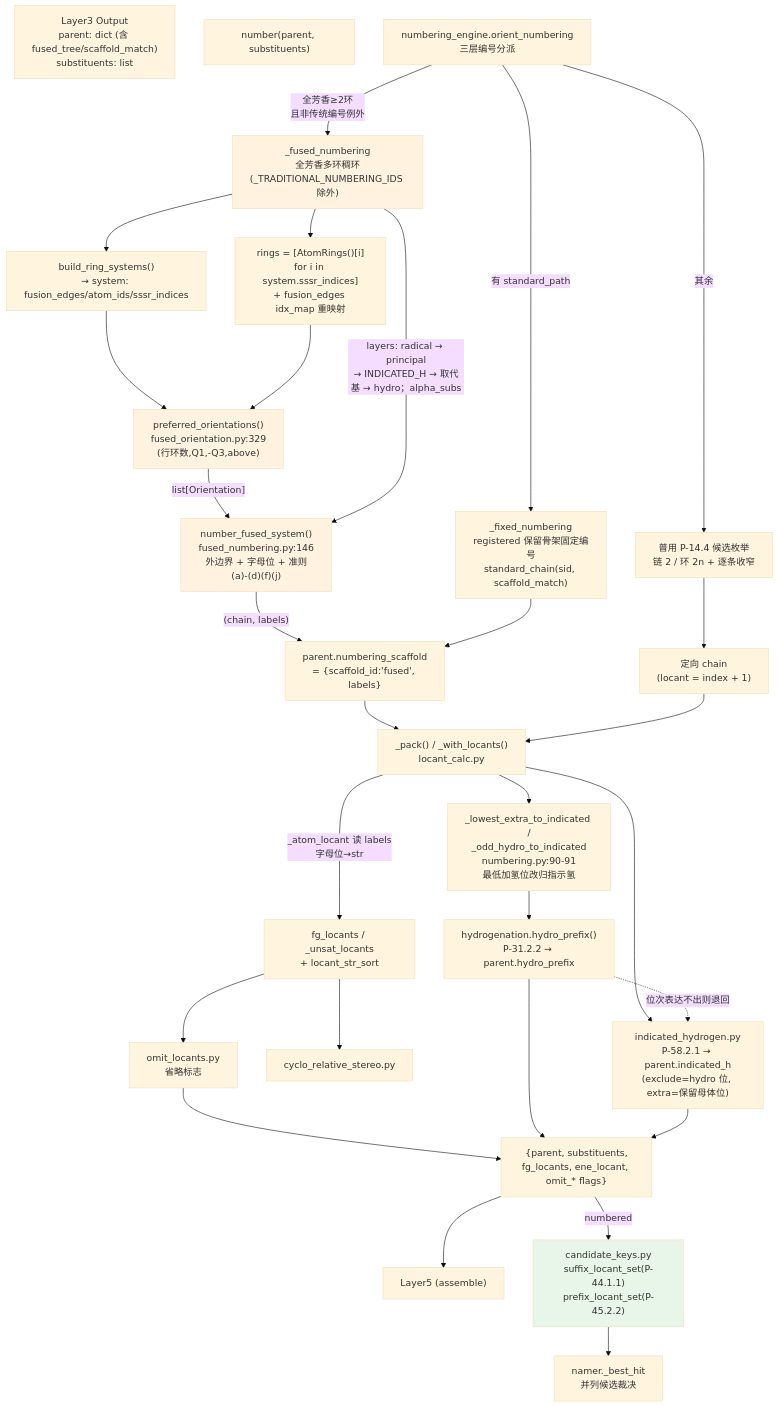
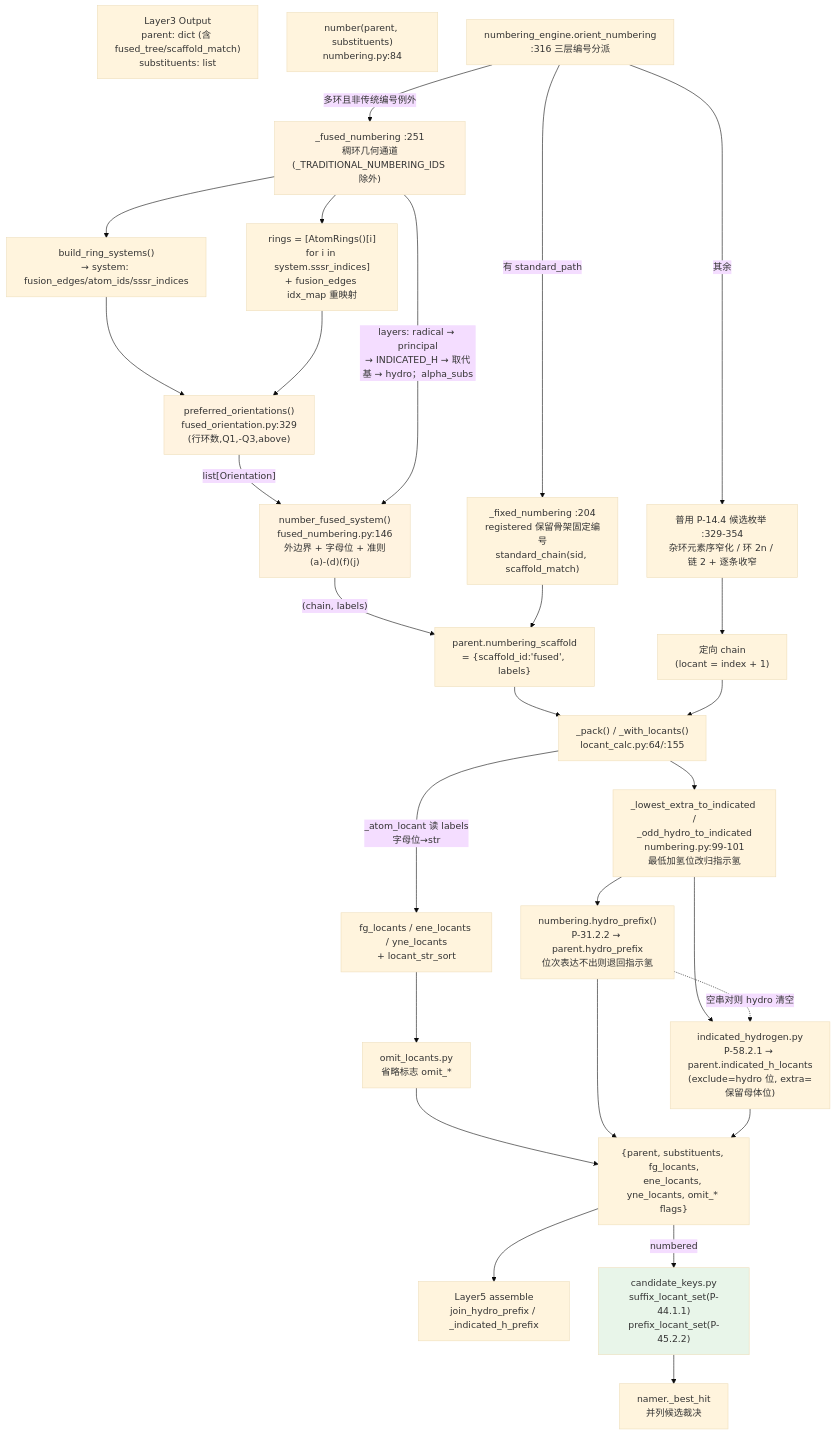
One commit to zouxiaofei1/OpenSMILES changed the diagram in docs/wiki/architecture/layer4-numbering.md. Above: the diagram before and after it, drawn with Mermaid (base theme). The commit also changed other lines of this file and 18 other files, not shown here.

````diff
--- a/docs/wiki/architecture/layer4-numbering.md
+++ b/docs/wiki/architecture/layer4-numbering.md
@@ -308,46 +301,45 @@
 ```mermaid
 flowchart TD
     L3["Layer3 Output<br/>parent: dict (含 fused_tree/scaffold_match)<br/>substituents: list"]
-    NUM["number(parent, substituents)"]
-    ORIENT["numbering_engine.orient_numbering<br/>三层编号分派"]
+    NUM["number(parent, substituents)<br/>numbering.py:84"]
+    ORIENT["numbering_engine.orient_numbering<br/>:316 三层编号分派"]
 
-    LEFT["_fixed_numbering<br/>registered 保留骨架固定编号<br/>standard_chain(sid, scaffold_match)"]
-    FUSED["_fused_numbering<br/>全芳香多环稠环<br/>(_TRADITIONAL_NUMBERING_IDS 除外)"]
-    GEN["普用 P-14.4 候选枚举<br/>链 2 / 环 2n + 逐条收窄"]
+    LEFT["_fixed_numbering :204<br/>registered 保留骨架固定编号<br/>standard_chain(sid, scaffold_match)"]
+    FUSED["_fused_numbering :251<br/>稠环几何通道<br/>(_TRADITIONAL_NUMBERING_IDS 除外)"]
+    GEN["普用 P-14.4 候选枚举 :329-354<br/>杂环元素序窄化 / 环 2n / 链 2 + 逐条收窄"]
 
     ORIENT -->|"有 standard_path"| LEFT
-    ORIENT -->|"全芳香≥2环<br/>且非传统编号例外"| FUSED
+    ORIENT -->|"多环且非传统编号例外"| FUSED
     ORIENT -->|"其余"| GEN
 
     FUSED --> BRS["build_ring_systems()<br/>→ system: fusion_edges/atom_ids/sssr_indices"]
     FUSED --> RINGS["rings = [AtomRings()[i]<br/>for i in system.sssr_indices]<br/>+ fusion_edges idx_map 重映射"]
     BRS --> ORIENT2["preferred_orientations()<br/>fused_orientation.py:329<br/>(行环数,Q1,-Q3,above)"]
     RINGS --> ORIENT2
     ORIENT2 -->|"list[Orientation]"| NF["number_fused_system()<br/>fused_numbering.py:146<br/>外边界 + 字母位 + 准则(a)-(d)(f)(j)"]
     FUSED -->|"layers: radical → principal<br/>→ INDICATED_H → 取代基 → hydro；alpha_subs"| NF
     NF -->|"(chain, labels)"| SCAFF["parent.numbering_scaffold<br/>= {scaffold_id:'fused', labels}"]
     LEFT --> SCAFF
 
-    SCAFF --> PACK["_pack() / _with_locants()<br/>locant_calc.py"]
-    PACK -->|"_atom_locant 读 labels<br/>字母位→str"| LOCS["fg_locants / _unsat_locants<br/>+ locant_str_sort"]
-    LOCS --> OMIT["omit_locants.py<br/>省略标志"]
-    LOCS --> STEREO["cyclo_relative_stereo.py"]
-    PACK --> HFIX["_lowest_extra_to_indicated /<br/>_odd_hydro_to_indicated<br/>numbering.py:90-91<br/>最低加氢位改归指示氢"]
-    HFIX --> HY["hydrogenation.hydro_prefix()<br/>P-31.2.2 → parent.hydro_prefix"]
-    PACK --> IH["indicated_hydrogen.py<br/>P-58.2.1 → parent.indicated_h<br/>(exclude=hydro 位, extra=保留母体位)"]
-    HY -.->|"位次表达不出则退回"| IH
-    OMIT --> OUT["{parent, substituents,<br/>fg_locants, ene_locant, omit_* flags}"]
+    SCAFF --> PACK["_pack() / _with_locants()<br/>locant_calc.py:64/:155"]
+    PACK -->|"_atom_locant 读 labels<br/>字母位→str"| LOCS["fg_locants / ene_locants / yne_locants<br/>+ locant_str_sort"]
+    LOCS --> OMIT["omit_locants.py<br/>省略标志 omit_*"]
+    PACK --> HFIX["_lowest_extra_to_indicated /<br/>_odd_hydro_to_indicated<br/>numbering.py:99-101<br/>最低加氢位改归指示氢"]
+    HFIX --> HY["numbering.hydro_prefix()<br/>P-31.2.2 → parent.hydro_prefix<br/>位次表达不出则退回指示氢"]
+    HFIX --> IH["indicated_hydrogen.py<br/>P-58.2.1 → parent.indicated_h_locants<br/>(exclude=hydro 位, extra=保留母体位)"]
+    HY -.->|"空串对则 hydro 清空"| IH
+    OMIT --> OUT["{parent, substituents, fg_locants,<br/>ene_locants, yne_locants, omit_* flags}"]
     HY --> OUT
     IH --> OUT
-    OUT --> L5["Layer5 (assemble)"]
+    OUT --> L5["Layer5 assemble<br/>join_hydro_prefix / _indicated_h_prefix"]
 
     OUT -->|"numbered"| CK["candidate_keys.py<br/>suffix_locant_set(P-44.1.1)<br/>prefix_locant_set(P-45.2.2)"]
     CK --> NAMER["namer._best_hit<br/>并列候选裁决"]
 
     GEN --> CHAIN["定向 chain<br/>(locant = index + 1)"]
     CHAIN --> PACK
     style FUSED fill:#fff3e0
     style NF fill:#fff3e0
     style ORIENT2 fill:#fff3e0
     style CK fill:#e8f5e9
 ```
````
